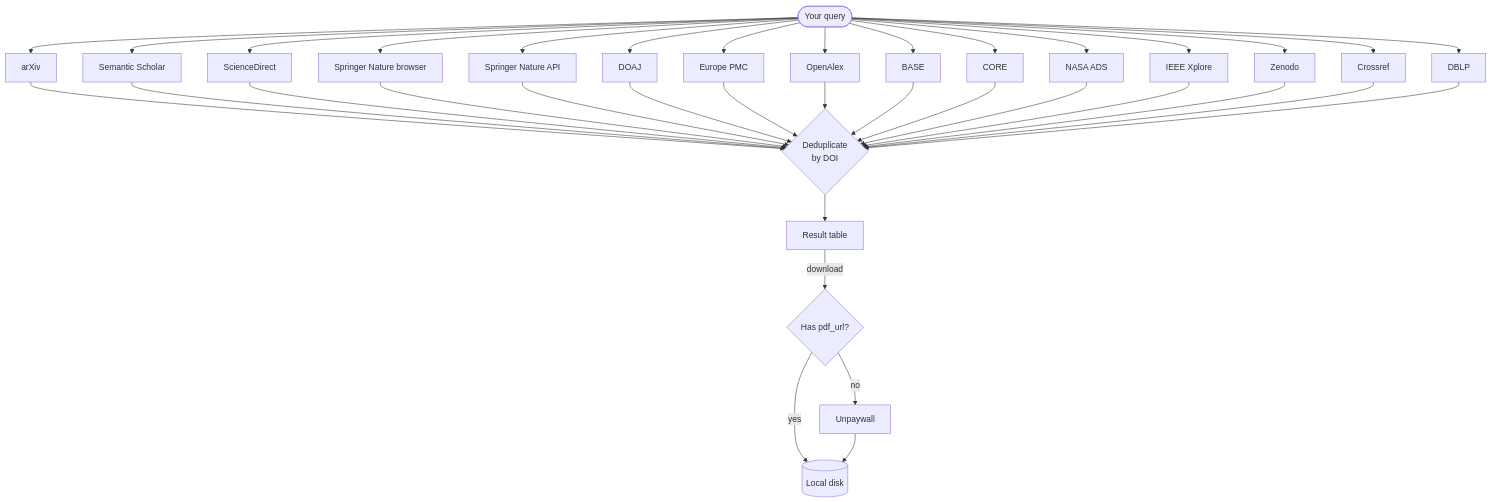
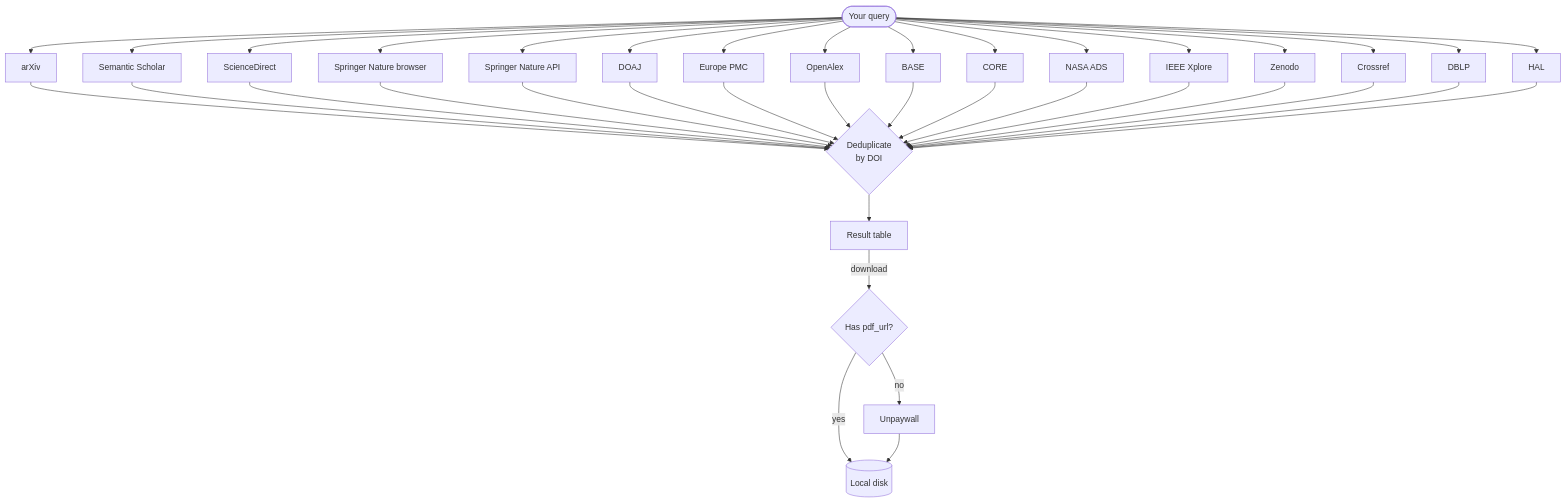
Before and after one commit to szaghi/mosaic: the diagram in docs/guide/sources.md, drawn with Mermaid. The commit also changed other lines of this file and 11 other files, not shown here.

````diff
--- a/docs/guide/sources.md
+++ b/docs/guide/sources.md
@@ -9,24 +9,25 @@
 ```mermaid
 flowchart TD
     Q([Your query]) --> A[arXiv]
     Q --> B[Semantic Scholar]
     Q --> C[ScienceDirect]
     Q --> SP[Springer Nature browser]
     Q --> SPN[Springer Nature API]
     Q --> D[DOAJ]
     Q --> E[Europe PMC]
     Q --> F[OpenAlex]
     Q --> G[BASE]
     Q --> H[CORE]
     Q --> N[NASA ADS]
     Q --> IEEE[IEEE Xplore]
     Q --> Z[Zenodo]
     Q --> CR[Crossref]
     Q --> DBLP[DBLP]
-    A & B & C & SP & SPN & D & E & F & G & H & N & IEEE & Z & CR & DBLP --> I{Deduplicate\nby DOI}
+    Q --> HAL[HAL]
+    A & B & C & SP & SPN & D & E & F & G & H & N & IEEE & Z & CR & DBLP & HAL --> I{Deduplicate\nby DOI}
     I --> J[Result table]
     J -->|download| K{Has pdf_url?}
     K -- yes --> L[(Local disk)]
     K -- no --> M[Unpaywall]
     M --> L
 ```
````
